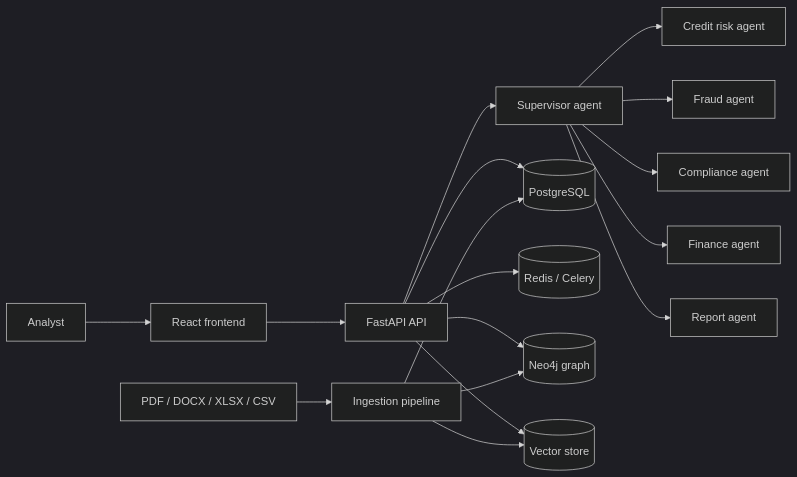
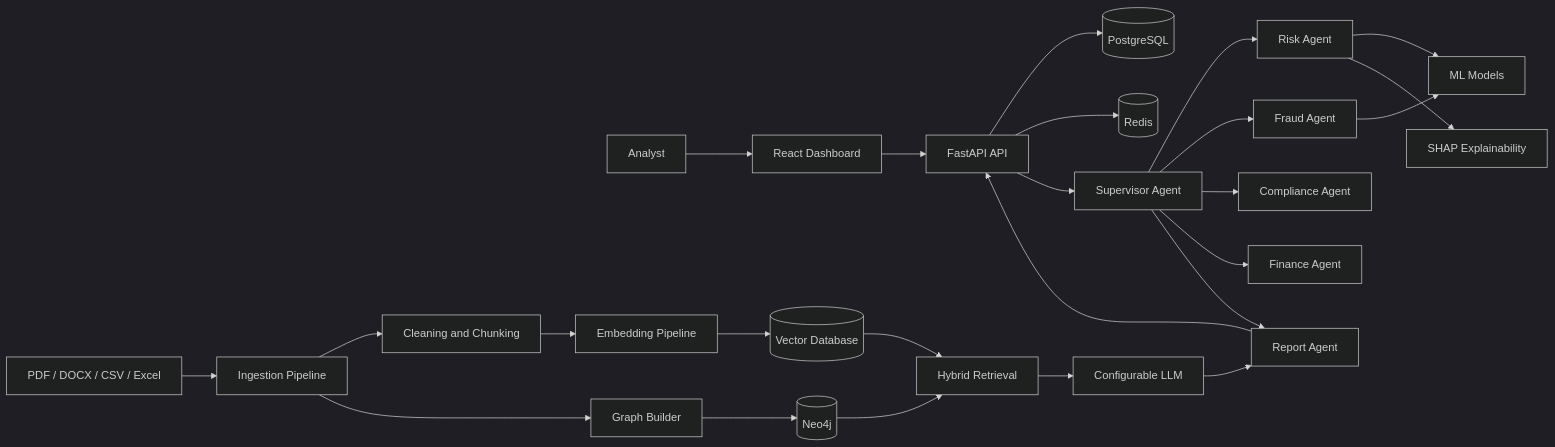
Before and after one commit to Abhishek4209/AI-Financial-Risk-Intelligence-Platform-using-Graph-RAG-Multi-Agent-LLM: the first of 2 diagrams in docs/architecture.md, drawn with Mermaid (dark theme). The commit also changed other lines of this file and 7 other files, not shown here.

````diff
--- a/docs/architecture.md
+++ b/docs/architecture.md
@@ -9,19 +22,32 @@
 ```mermaid
 flowchart LR
-	U[Analyst] --> F[React frontend]
-	F --> A[FastAPI API]
-	A --> S[Supervisor agent]
-	S --> CR[Credit risk agent]
-	S --> FR[Fraud agent]
-	S --> CO[Compliance agent]
-	S --> FN[Finance agent]
-	S --> RG[Report agent]
-	A --> PG[(PostgreSQL)]
-	A --> RD[(Redis / Celery)]
-	A --> NG[(Neo4j graph)]
-	A --> VS[(Vector store)]
-	D[PDF / DOCX / XLSX / CSV] --> IP[Ingestion pipeline]
-	IP --> VS
-	IP --> NG
-	IP --> PG
+    U[Analyst] --> FE[React Dashboard]
+    FE --> API[FastAPI API]
+
+    API --> DB[(PostgreSQL)]
+    API --> CACHE[(Redis)]
+    API --> SUP[Supervisor Agent]
+
+    SUP --> RISK[Risk Agent]
+    SUP --> FRAUD[Fraud Agent]
+    SUP --> COMP[Compliance Agent]
+    SUP --> FIN[Finance Agent]
+    SUP --> REPORT[Report Agent]
+
+    RISK --> ML[ML Models]
+    FRAUD --> ML
+    RISK --> SHAP[SHAP Explainability]
+
+    DOC[PDF / DOCX / CSV / Excel] --> ING[Ingestion Pipeline]
+    ING --> CHUNK[Cleaning and Chunking]
+    CHUNK --> EMB[Embedding Pipeline]
+    EMB --> VDB[(Vector Database)]
+    ING --> GRAPH[Graph Builder]
+    GRAPH --> NEO[(Neo4j)]
+
+    VDB --> RET[Hybrid Retrieval]
+    NEO --> RET
+    RET --> LLM[Configurable LLM]
+    LLM --> REPORT
+    REPORT --> API
 ```
````
